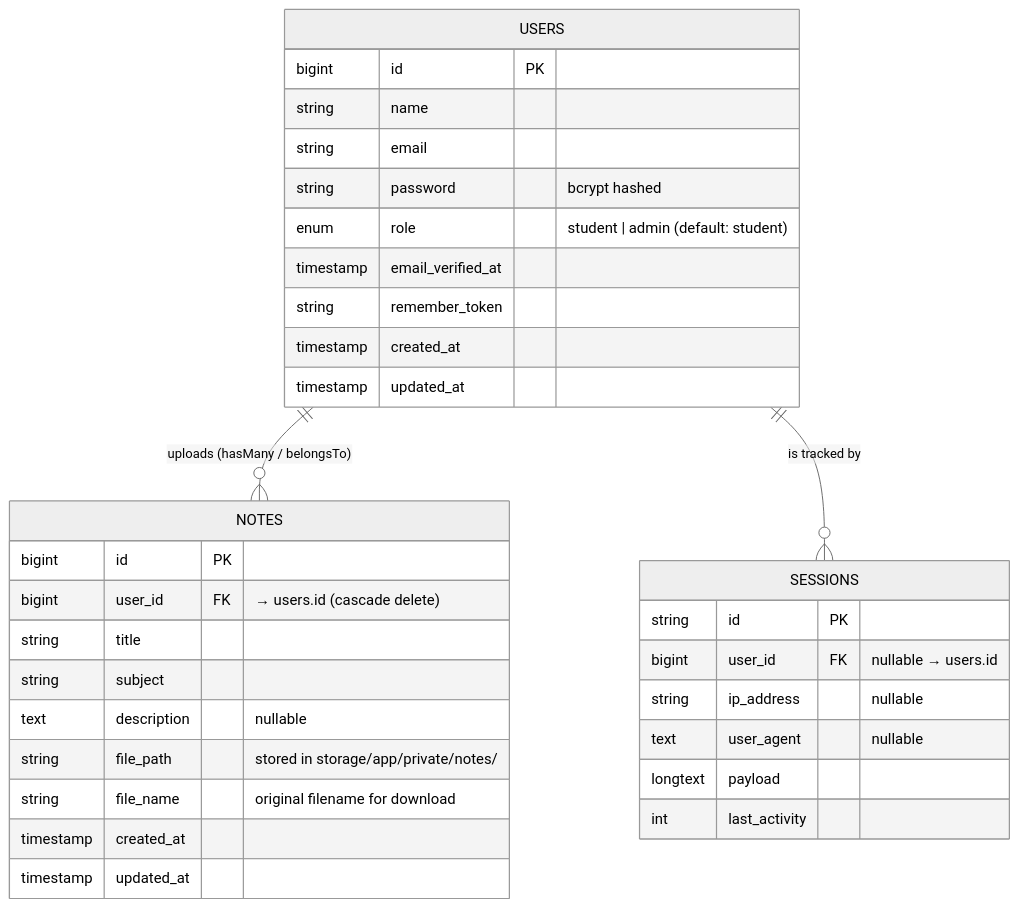
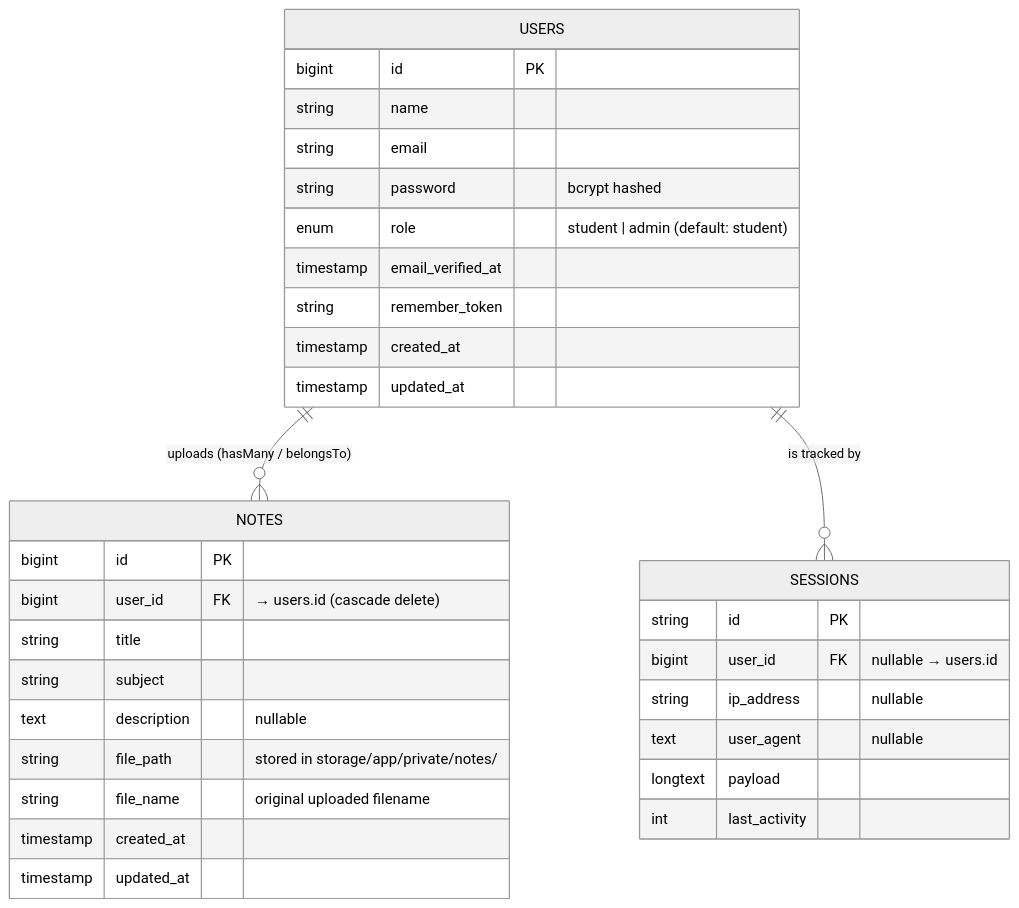
The first of 2 diagrams in TEACHING.md (j-casimiro/class-collab), drawn with Mermaid (neutral theme) before and after one commit. The commit also changed other lines of this file and 7 other files, not shown here.

````diff
--- a/TEACHING.md
+++ b/TEACHING.md
@@ -26,38 +26,38 @@
 ```mermaid
 erDiagram
     USERS {
         bigint   id            PK
         string   name
         string   email
         string   password      "bcrypt hashed"
         enum     role          "student | admin (default: student)"
         timestamp email_verified_at
         string   remember_token
         timestamp created_at
         timestamp updated_at
     }
 
     NOTES {
         bigint   id            PK
         bigint   user_id       FK  "→ users.id (cascade delete)"
         string   title
         string   subject
         text     description   "nullable"
         string   file_path     "stored in storage/app/private/notes/"
-        string   file_name     "original filename for download"
+        string   file_name     "original uploaded filename"
         timestamp created_at
         timestamp updated_at
     }
 
     SESSIONS {
         string   id            PK
         bigint   user_id       FK  "nullable → users.id"
         string   ip_address    "nullable"
         text     user_agent    "nullable"
         longtext payload
         int      last_activity
     }
 
     USERS ||--o{ NOTES    : "uploads (hasMany / belongsTo)"
     USERS ||--o{ SESSIONS : "is tracked by"
 ```
````
